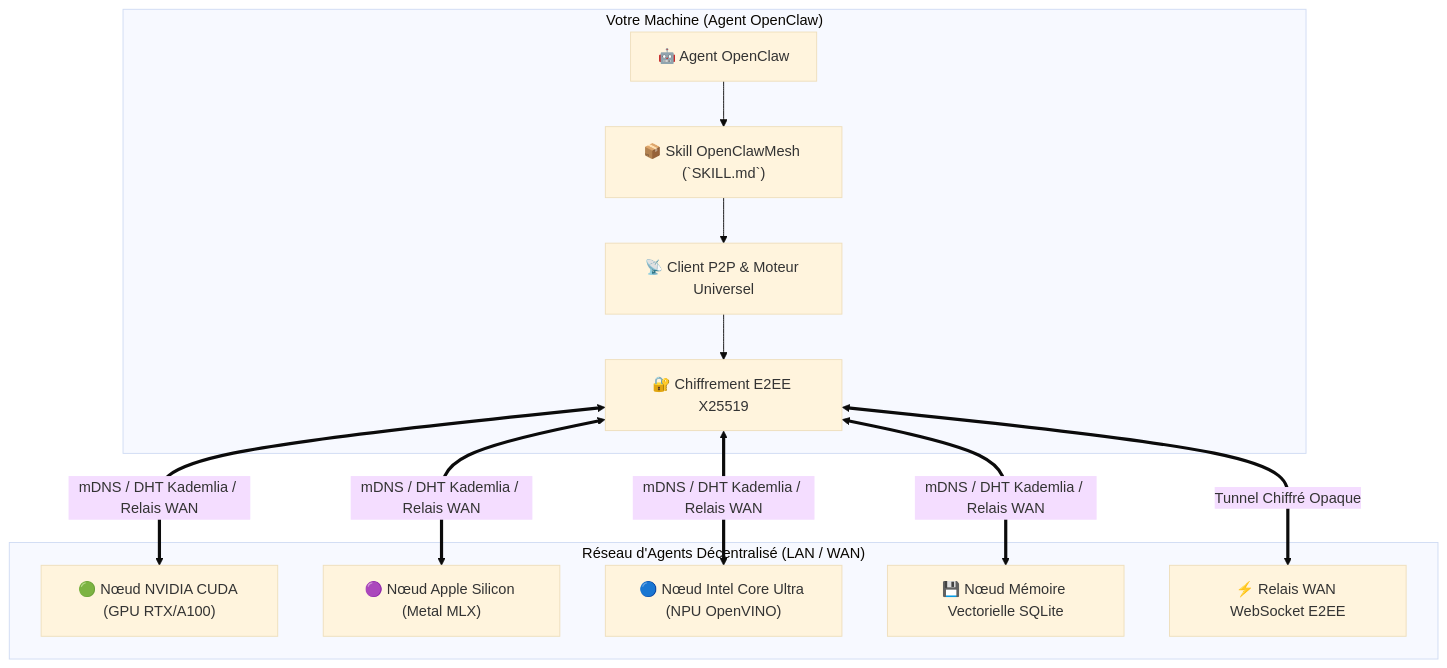
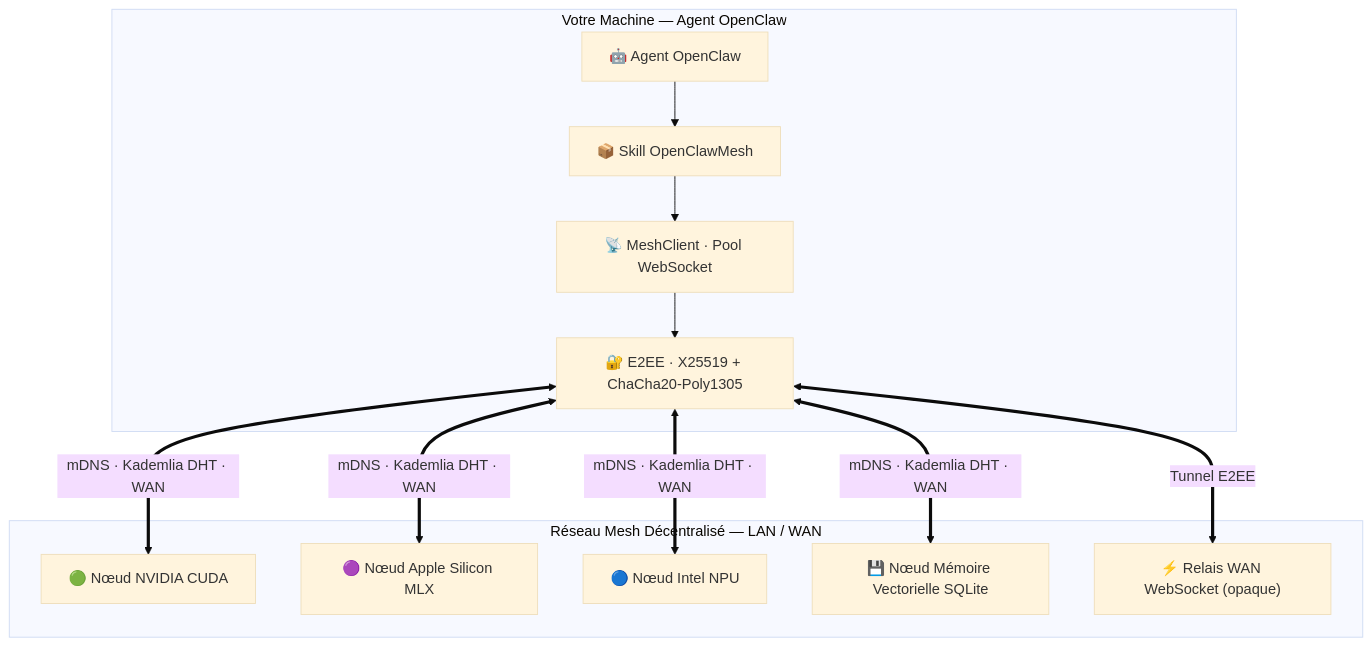
One commit to LeftenantZero/OpenClawSkillsMirror changed the diagram in skills/samajesteduroyaume/openclawmesh/README.fr.md. Above: the diagram before and after it, drawn with Mermaid (base theme). The commit also changed other lines of this file and 67 other files, not shown here.

````diff
--- a/skills/samajesteduroyaume/openclawmesh/README.fr.md
+++ b/skills/samajesteduroyaume/openclawmesh/README.fr.md
@@ -50,26 +83,24 @@
 ```mermaid
 graph TD
-    subgraph "Votre Machine (Agent OpenClaw)"
+    subgraph "Votre Machine — Agent OpenClaw"
         OC["🤖 Agent OpenClaw"]
-        SKILL["📦 Skill OpenClawMesh (`SKILL.md`)"]
-        Client["📡 Client P2P & Moteur Universel"]
-        E2EE["🔐 Chiffrement E2EE X25519"]
-        OC --> SKILL
-        SKILL --> Client
-        Client --> E2EE
+        SKILL["📦 Skill OpenClawMesh"]
+        Client["📡 MeshClient · Pool WebSocket"]
+        E2EE["🔐 E2EE · X25519 + ChaCha20-Poly1305"]
+        OC --> SKILL --> Client --> E2EE
     end
 
-    subgraph "Réseau d'Agents Décentralisé (LAN / WAN)"
-        Node1["🟢 Nœud NVIDIA CUDA (GPU RTX/A100)"]
-        Node2["🟣 Nœud Apple Silicon (Metal MLX)"]
-        Node3["🔵 Nœud Intel Core Ultra (NPU OpenVINO)"]
-        Node4["💾 Nœud Mémoire Vectorielle SQLite"]
-        Relay["⚡ Relais WAN WebSocket E2EE"]
+    subgraph "Réseau Mesh Décentralisé — LAN / WAN"
+        N1["🟢 Nœud NVIDIA CUDA"]
+        N2["🟣 Nœud Apple Silicon MLX"]
+        N3["🔵 Nœud Intel NPU"]
+        N4["💾 Nœud Mémoire Vectorielle SQLite"]
+        R["⚡ Relais WAN WebSocket (opaque)"]
     end
 
-    E2EE <== "mDNS / DHT Kademlia / Relais WAN" ==> Node1
-    E2EE <== "mDNS / DHT Kademlia / Relais WAN" ==> Node2
-    E2EE <== "mDNS / DHT Kademlia / Relais WAN" ==> Node3
-    E2EE <== "mDNS / DHT Kademlia / Relais WAN" ==> Node4
-    E2EE <== "Tunnel Chiffré Opaque" ==> Relay
+    E2EE <== "mDNS · Kademlia DHT · WAN" ==> N1
+    E2EE <== "mDNS · Kademlia DHT · WAN" ==> N2
+    E2EE <== "mDNS · Kademlia DHT · WAN" ==> N3
+    E2EE <== "mDNS · Kademlia DHT · WAN" ==> N4
+    E2EE <== "Tunnel E2EE" ==> R
 ```
````
